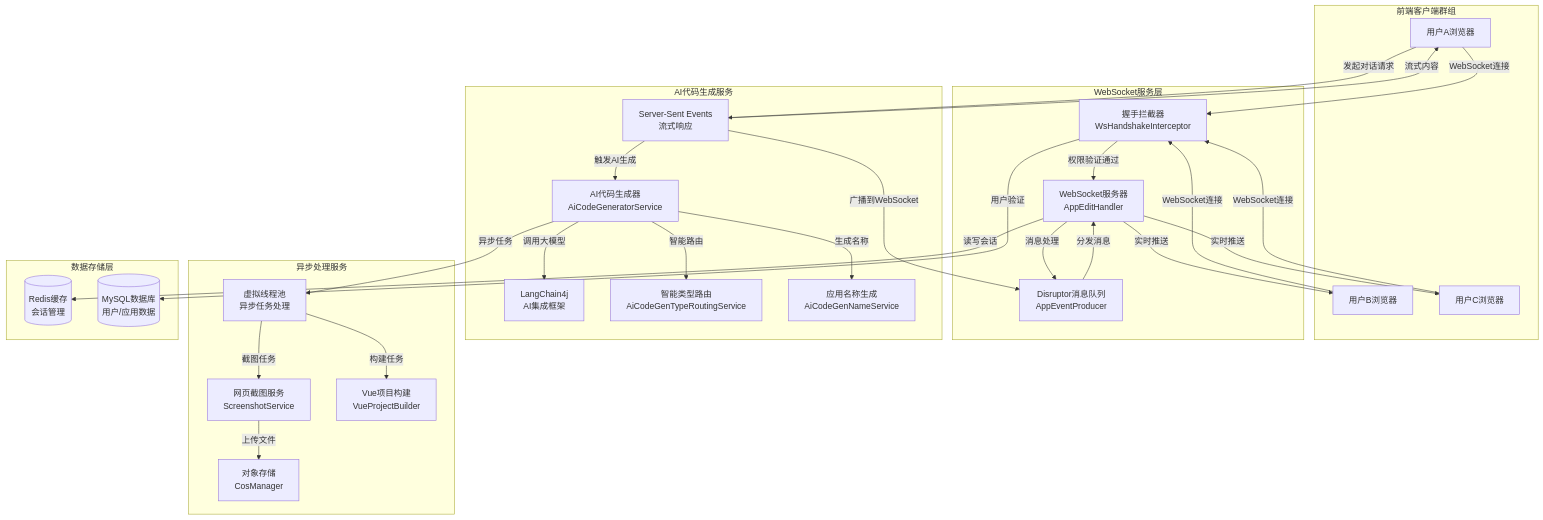
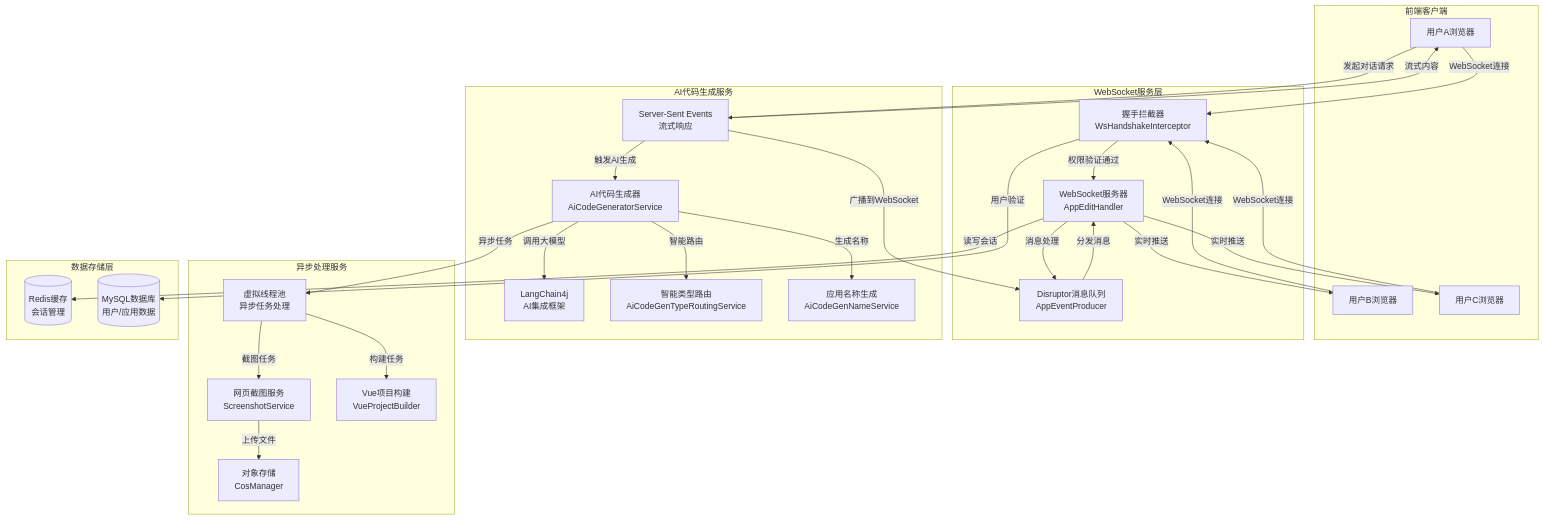
One commit to NormanLovesPickle/ai-code changed the first of 2 diagrams in README.md. Above: the diagram before and after it, drawn with Mermaid. The commit also changed other lines of this file and 24 other files, not shown here.

````diff
--- a/README.md
+++ b/README.md
@@ -127,62 +146,62 @@
 ```mermaid
 graph TB
-    subgraph "前端客户端群组"
+    subgraph "前端客户端"
         A[用户A浏览器]
         B[用户B浏览器] 
         C[用户C浏览器]
     end
     
     subgraph "WebSocket服务层"
         WS[WebSocket服务器<br/>AppEditHandler]
         AUTH[握手拦截器<br/>WsHandshakeInterceptor]
         QUEUE[Disruptor消息队列<br/>AppEventProducer]
     end
     
     subgraph "AI代码生成服务"
         AI[AI代码生成器<br/>AiCodeGeneratorService]
         SSE[Server-Sent Events<br/>流式响应]
         LANG[LangChain4j<br/>AI集成框架]
         ROUTER[智能类型路由<br/>AiCodeGenTypeRoutingService]
         NAMER[应用名称生成<br/>AiCodeGenNameService]
     end
     
     subgraph "异步处理服务"
         VT[虚拟线程池<br/>异步任务处理]
         SCREEN[网页截图服务<br/>ScreenshotService]
         BUILDER[Vue项目构建<br/>VueProjectBuilder]
         COS[对象存储<br/>CosManager]
     end
     
     subgraph "数据存储层"
         REDIS[(Redis缓存<br/>会话管理)]
         MYSQL[(MySQL数据库<br/>用户/应用数据)]
     end
     
     A -->|WebSocket连接| AUTH
     B -->|WebSocket连接| AUTH  
     C -->|WebSocket连接| AUTH
     
     AUTH -->|权限验证通过| WS
     WS -->|消息处理| QUEUE
     
     A -->|发起对话请求| SSE
     SSE -->|触发AI生成| AI
     AI -->|调用大模型| LANG
     AI -->|智能路由| ROUTER
     AI -->|生成名称| NAMER
     
     SSE -->|流式内容| A
     SSE -->|广播到WebSocket| QUEUE
     QUEUE -->|分发消息| WS
     
     WS -->|实时推送| B
     WS -->|实时推送| C
     
     WS -->|读写会话| REDIS
     AUTH -->|用户验证| MYSQL
     
     AI -->|异步任务| VT
     VT -->|截图任务| SCREEN
     VT -->|构建任务| BUILDER
     SCREEN -->|上传文件| COS
 ```
````
